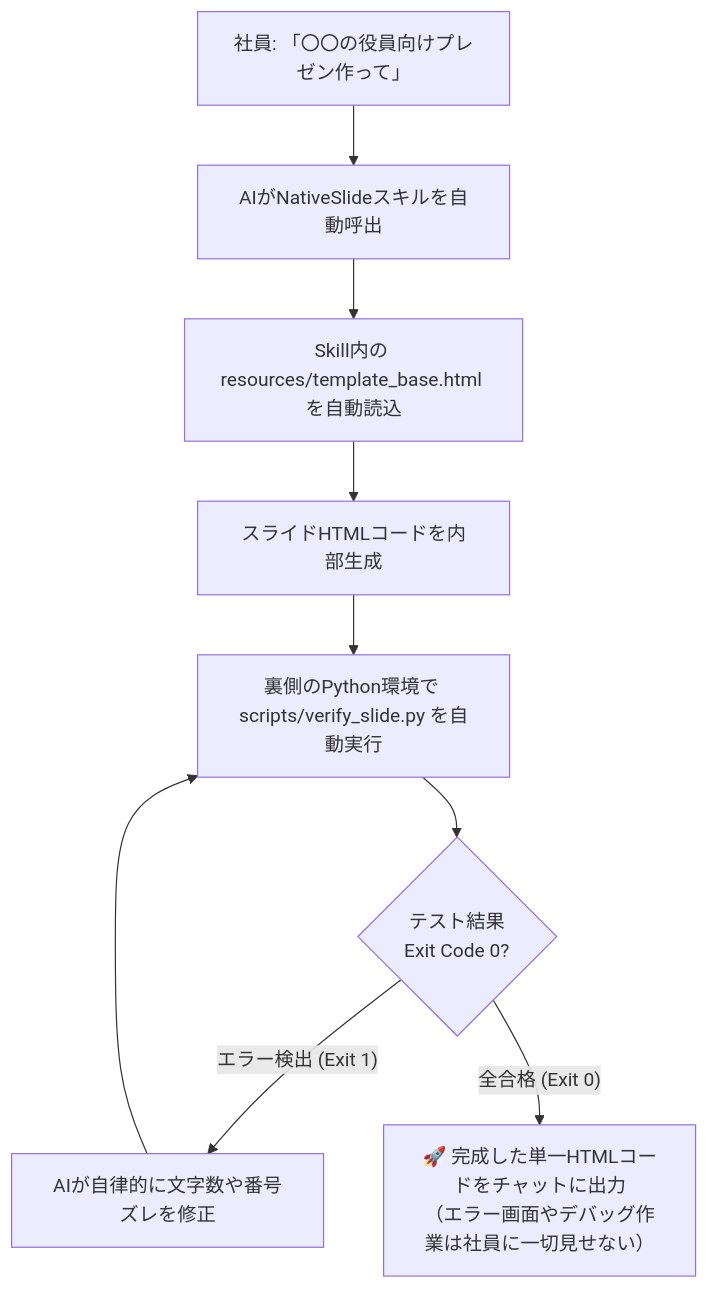
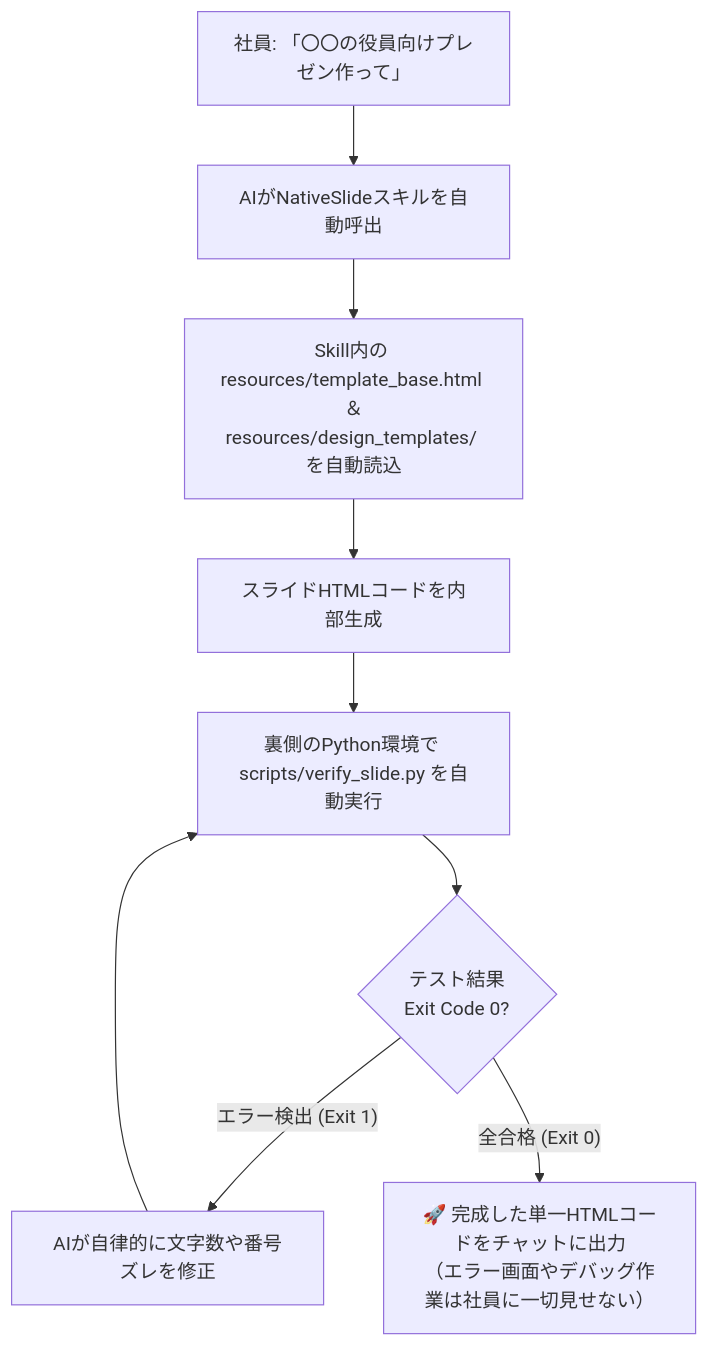
Before and after one commit to XitakSE/AINativeSlide: the diagram in README.md, drawn with Mermaid. The commit also changed other lines of this file and 8 other files, not shown here.

First line of the commit message:
feat: Separate design templates, enforce CI/VI compliance, and split template builder skill

````diff
--- a/README.md
+++ b/README.md
@@ -187,11 +192,11 @@
 ```mermaid
 flowchart TD
     A[社員: 「〇〇の役員向けプレゼン作って」] --> B[AIがNativeSlideスキルを自動呼出]
-    B --> C[Skill内の resources/template_base.html を自動読込]
+    B --> C[Skill内の resources/template_base.html ＆<br/>resources/design_templates/ を自動読込]
     C --> D[スライドHTMLコードを内部生成]
     D --> E[裏側のPython環境で scripts/verify_slide.py を自動実行]
     E --> F{テスト結果<br/>Exit Code 0?}
     F -- エラー検出 (Exit 1) --> G[AIが自律的に文字数や番号ズレを修正]
     G --> E
     F -- 全合格 (Exit 0) --> H[🚀 完成した単一HTMLコードをチャットに出力<br/>（エラー画面やデバッグ作業は社員に一切見せない）]
 ```
````
